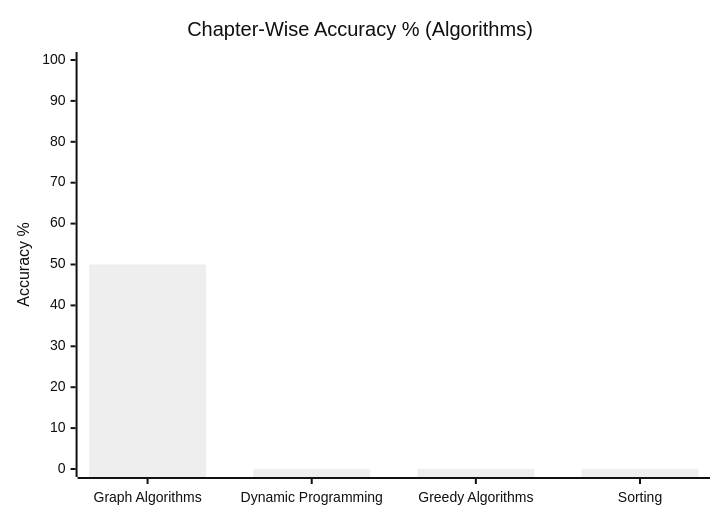
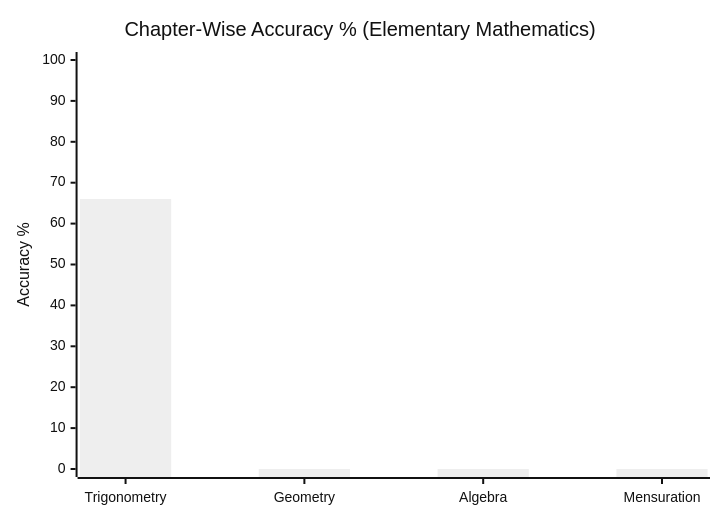
Before and after one commit to skc-coder/SAGE: the second of 3 diagrams in .agents/skills/exam-analysis-master/SKILL.md, drawn with Mermaid (neutral theme). The commit also changed other lines of this file and 4 other files, not shown here.

````diff
--- a/.agents/skills/exam-analysis-master/SKILL.md
+++ b/.agents/skills/exam-analysis-master/SKILL.md
@@ -93,7 +106,7 @@
 ```mermaid
 xychart-beta
-    title "Chapter-Wise Accuracy % (Algorithms)"
-    x-axis ["Graph Algorithms", "Dynamic Programming", "Greedy Algorithms", "Sorting"]
+    title "Chapter-Wise Accuracy % (Elementary Mathematics)"
+    x-axis ["Trigonometry", "Geometry", "Algebra", "Mensuration"]
     y-axis "Accuracy %" 0 --> 100
-    bar [50, 0, 0, 0]
+    bar [66, 0, 0, 0]
 ```
````
